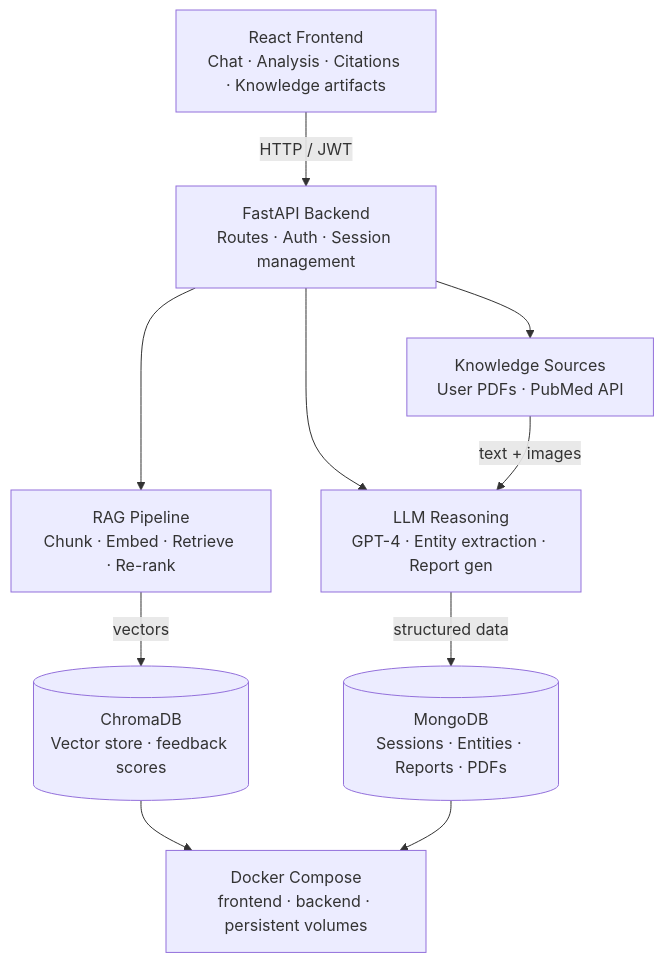
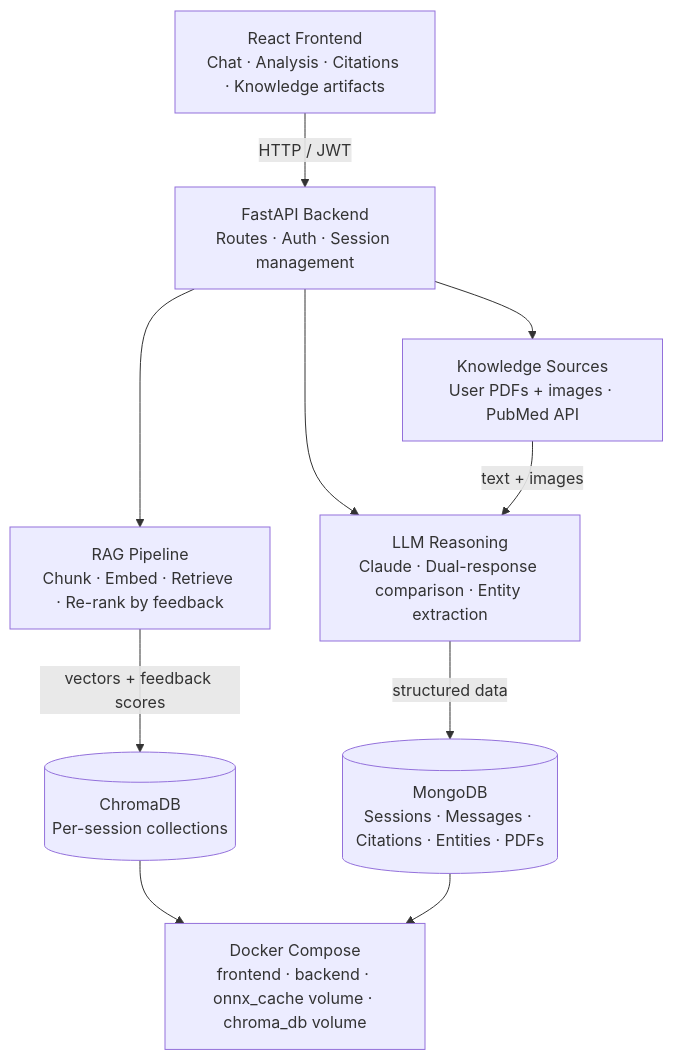
The diagram in README.md (j0hn-char/AiMD), drawn with Mermaid before and after one commit. The commit also changed other lines of this file, not shown here.

````diff
--- a/README.md
+++ b/README.md
@@ -31,15 +32,15 @@
 ```mermaid
 flowchart TD
     A[React Frontend\nChat · Analysis · Citations · Knowledge artifacts] -->|HTTP / JWT| B[FastAPI Backend\nRoutes · Auth · Session management]
 
-    B --> C[RAG Pipeline\nChunk · Embed · Retrieve · Re-rank]
-    B --> D[LLM Reasoning\nGPT-4 · Entity extraction · Report gen]
-    B --> E[Knowledge Sources\nUser PDFs · PubMed API]
+    B --> C[RAG Pipeline\nChunk · Embed · Retrieve · Re-rank by feedback]
+    B --> D[LLM Reasoning\nClaude · Dual-response comparison · Entity extraction]
+    B --> E[Knowledge Sources\nUser PDFs + images · PubMed API]
 
-    C -->|vectors| F[(ChromaDB\nVector store · feedback scores)]
-    D -->|structured data| G[(MongoDB\nSessions · Entities · Reports · PDFs)]
+    C -->|vectors + feedback scores| F[(ChromaDB\nPer-session collections)]
+    D -->|structured data| G[(MongoDB\nSessions · Messages · Citations · Entities · PDFs)]
     E -->|text + images| D
 
-    F --> H[Docker Compose\nfrontend · backend · persistent volumes]
+    F --> H[Docker Compose\nfrontend · backend · onnx_cache volume · chroma_db volume]
     G --> H
 ```
````
